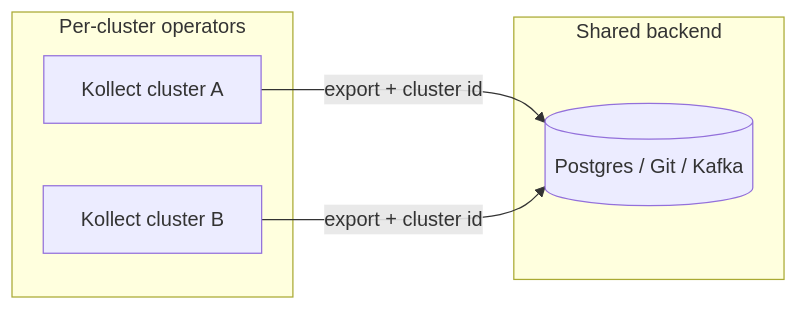
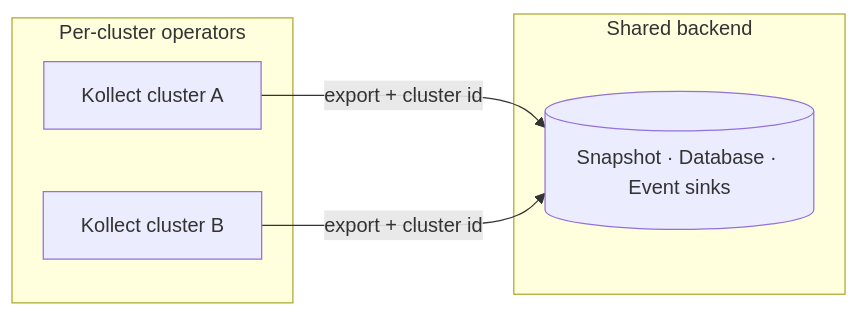
The diagram in docs/BEST-PRACTICES.md (PlatformRelay/Kollect), drawn with Mermaid before and after one commit. The commit also changed 16 other files, not shown here.

````diff
--- a/docs/BEST-PRACTICES.md
+++ b/docs/BEST-PRACTICES.md
@@ -112,12 +112,12 @@
 ```mermaid
 flowchart LR
   subgraph clusters [Per-cluster operators]
     S1[Kollect cluster A]
     S2[Kollect cluster B]
   end
   subgraph backend [Shared backend]
-    PG[(Postgres / Git / Kafka)]
+    PG[(Snapshot · Database · Event sinks)]
   end
   S1 -->|export + cluster id| PG
   S2 -->|export + cluster id| PG
 ```
````
